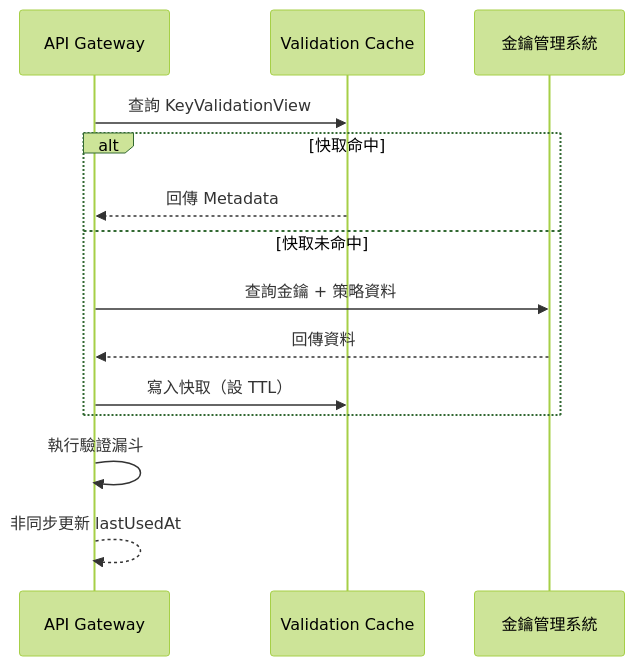
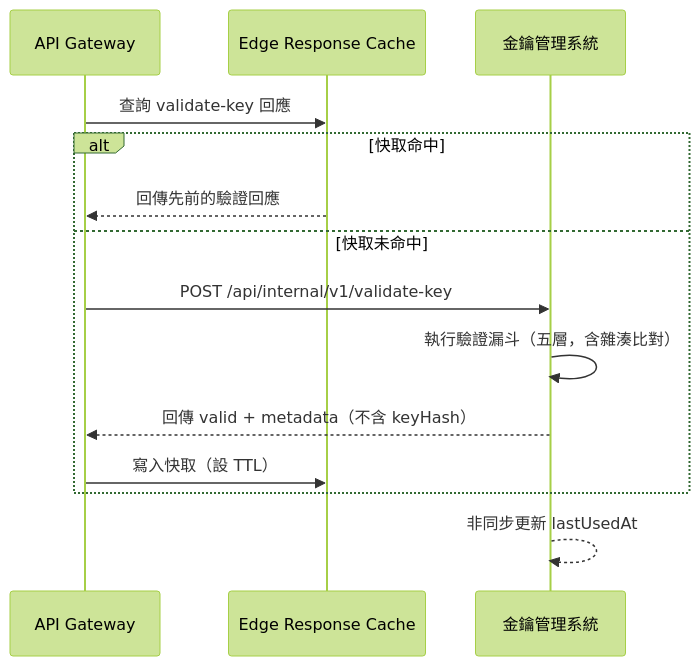
One commit to jame2408/api-protection changed the ninth of 17 diagrams in docs/design/design-doc.md. Above: the diagram before and after it, drawn with Mermaid (forest theme). The commit also changed other lines of this file and 3 other files, not shown here.

````diff
--- a/docs/design/design-doc.md
+++ b/docs/design/design-doc.md
@@ -807,17 +809,17 @@
 ```mermaid
 sequenceDiagram
     participant GW as API Gateway
-    participant Cache as Validation Cache
+    participant Cache as Edge Response Cache
     participant KM as 金鑰管理系統
 
-    GW->>Cache: 查詢 KeyValidationView
+    GW->>Cache: 查詢 validate-key 回應
     alt 快取命中
-        Cache-->>GW: 回傳 Metadata
+        Cache-->>GW: 回傳先前的驗證回應
     else 快取未命中
-        GW->>KM: 查詢金鑰 + 策略資料
-        KM-->>GW: 回傳資料
+        GW->>KM: POST /api/internal/v1/validate-key
+        KM->>KM: 執行驗證漏斗（五層，含雜湊比對）
+        KM-->>GW: 回傳 valid + metadata（不含 keyHash）
         GW->>Cache: 寫入快取（設 TTL）
     end
-    GW->>GW: 執行驗證漏斗
-    GW-->>GW: 非同步更新 lastUsedAt
+    KM-->>KM: 非同步更新 lastUsedAt
 ```
````
